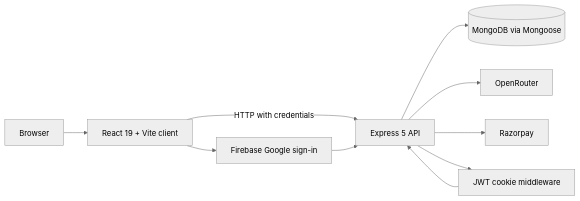
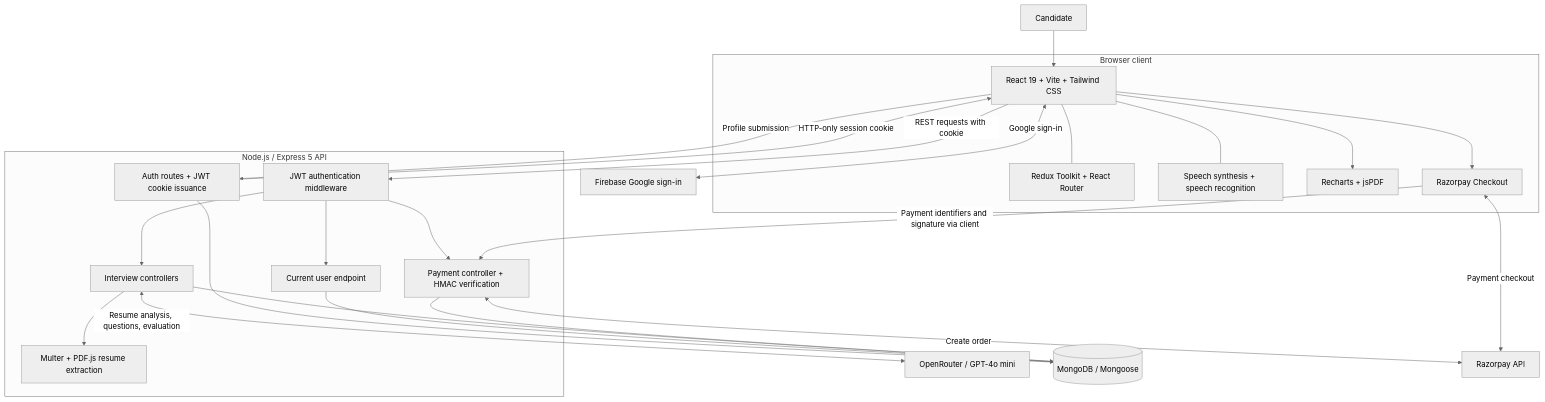
One commit to Ravi-rk7/Intervia changed the first of 2 diagrams in README.md. Above: the diagram before and after it, drawn with Mermaid (neutral theme). The commit also changed other lines of this file and 208 other files, not shown here.

````diff
--- a/README.md
+++ b/README.md
@@ -77,12 +102,44 @@
 ```mermaid
-flowchart LR
-    U[Browser] --> C[React 19 + Vite client]
-    C -->|HTTP with credentials| S[Express 5 API]
-    S --> M[(MongoDB via Mongoose)]
-    S --> O[OpenRouter]
-    S --> R[Razorpay]
-    C --> F[Firebase Google sign-in]
-    S --> T[JWT cookie middleware]
-    F --> S
-    T --> S
+flowchart TB
+    Candidate[Candidate]
+    subgraph Browser[Browser client]
+        UI[React 19 + Vite + Tailwind CSS]
+        State[Redux Toolkit + React Router]
+        Voice[Speech synthesis + speech recognition]
+        Reports[Recharts + jsPDF]
+        Checkout[Razorpay Checkout]
+        UI --- State
+        UI --- Voice
+        UI --> Reports
+        UI --> Checkout
+    end
+    subgraph Backend[Node.js / Express 5 API]
+        Auth[Auth routes + JWT cookie issuance]
+        Guard[JWT authentication middleware]
+        Interviews[Interview controllers]
+        Upload[Multer + PDF.js resume extraction]
+        Payments[Payment controller + HMAC verification]
+        Users[Current user endpoint]
+        Guard --> Interviews
+        Guard --> Payments
+        Guard --> Users
+        Interviews --> Upload
+    end
+    Firebase[Firebase Google sign-in]
+    AI[OpenRouter / GPT-4o mini]
+    DB[(MongoDB / Mongoose)]
+    Razorpay[Razorpay API]
+    Candidate --> UI
+    UI <-->|Google sign-in| Firebase
+    UI -->|Profile submission| Auth
+    Auth -->|HTTP-only session cookie| UI
+    UI -->|REST requests with cookie| Guard
+    Auth --> DB
+    Users --> DB
+    Interviews <-->|Resume analysis, questions, evaluation| AI
+    Interviews --> DB
+    Payments --> DB
+    Payments <-->|Create order| Razorpay
+    Checkout <-->|Payment checkout| Razorpay
+    Checkout -->|Payment identifiers and signature via client| Payments
 ```
````
